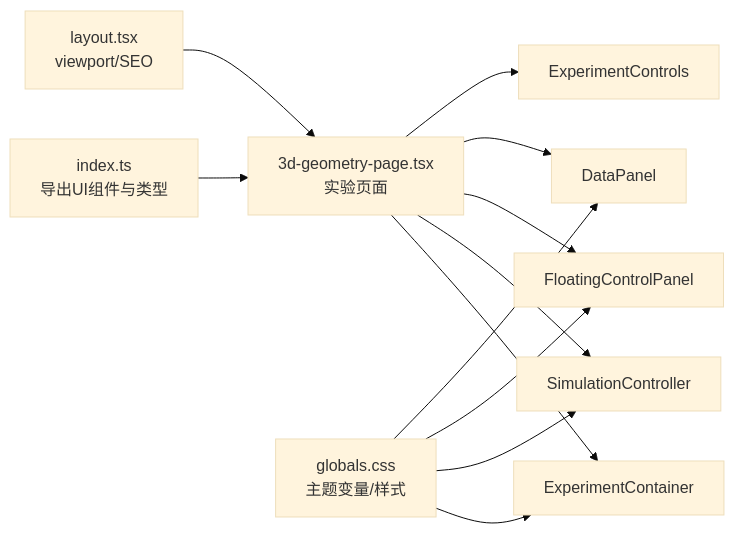
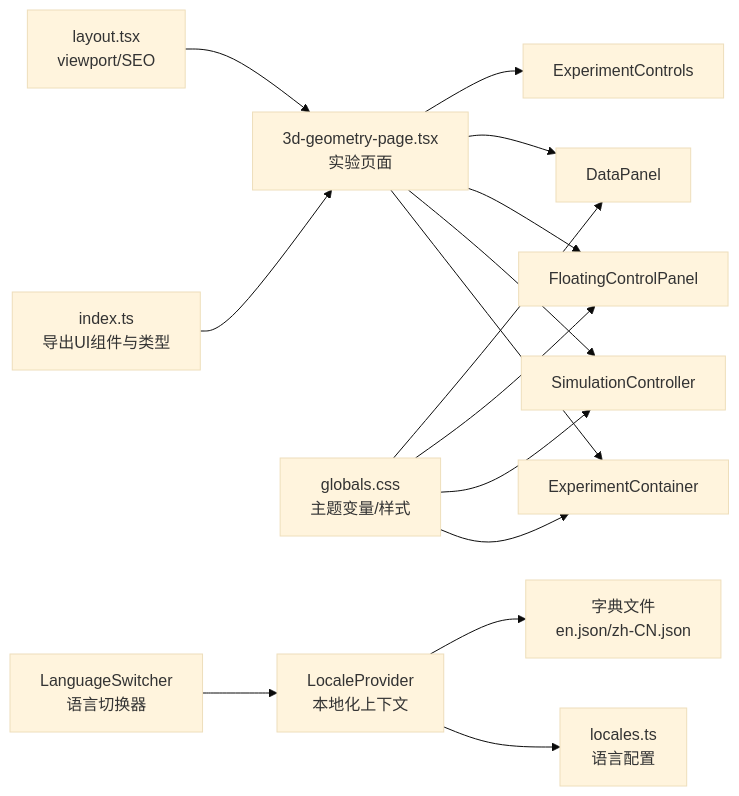
The sixth of 6 diagrams in .qoder/repowiki/zh/content/用户界面组件/用户界面组件.md (KaiYun-Wang/phys-lab-3d), drawn with Mermaid (base theme) before and after one commit. The commit also changed other lines of this file and 6 other files, not shown here.

````diff
--- a/.qoder/repowiki/zh/content/用户界面组件/用户界面组件.md
+++ b/.qoder/repowiki/zh/content/用户界面组件/用户界面组件.md
@@ -243,14 +353,17 @@
 ```mermaid
 graph LR
 IDX["index.ts<br/>导出UI组件与类型"] --> P1["3d-geometry-page.tsx<br/>实验页面"]
 P1 --> EC["ExperimentContainer"]
 P1 --> SC["SimulationController"]
 P1 --> FCP["FloatingControlPanel"]
 P1 --> DP["DataPanel"]
 P1 --> ECL["ExperimentControls"]
 G["globals.css<br/>主题变量/样式"] --> EC
 G --> SC
 G --> FCP
 G --> DP
 L["layout.tsx<br/>viewport/SEO"] --> P1
+LS["LanguageSwitcher<br/>语言切换器"] --> LP["LocaleProvider<br/>本地化上下文"]
+LP --> LOCALES["locales.ts<br/>语言配置"]
+LP --> DICT["字典文件<br/>en.json/zh-CN.json"]
 ```
````
